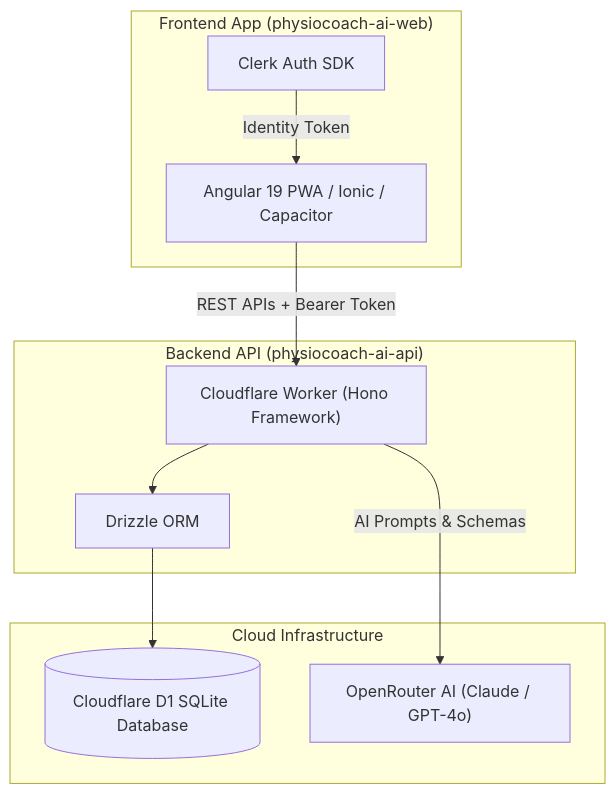
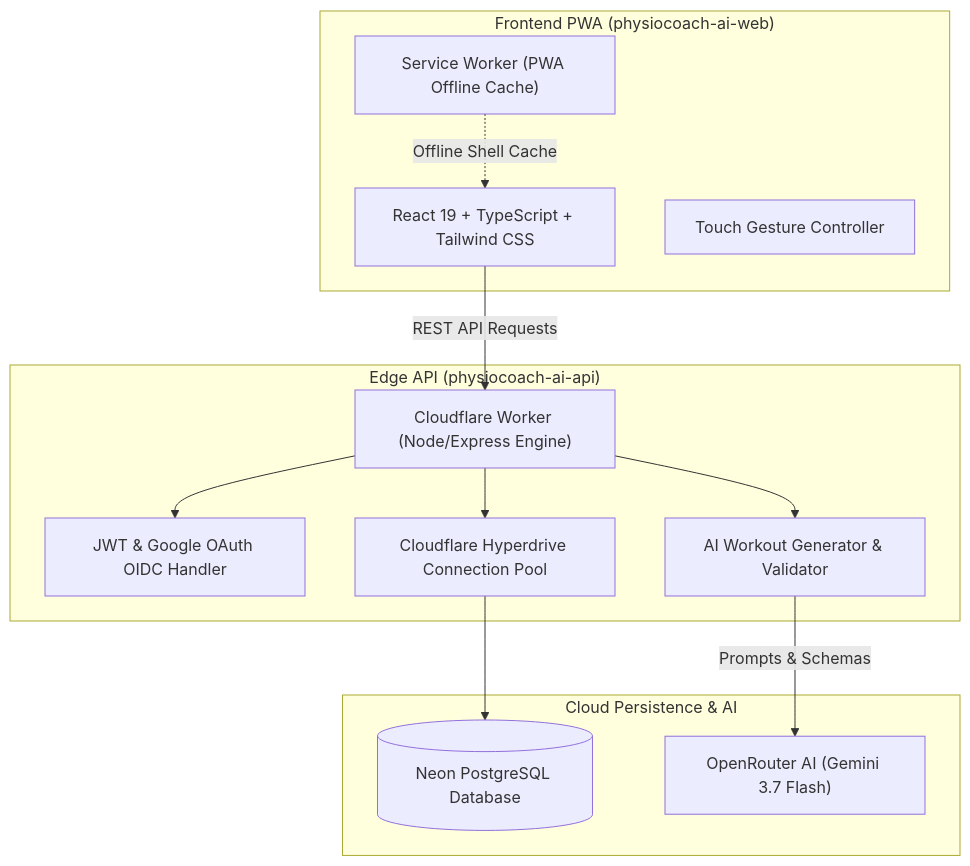
Before and after one commit to rasoulveisi/physiocoach-ai: the diagram in README.md, drawn with Mermaid. The commit also changed other lines of this file and 2 other files, not shown here.

Commit message:
docs: modernize monorepo and package READMEs with full architecture, PWA, AI engine, and deployment guide

````diff
--- a/README.md
+++ b/README.md
@@ -27,23 +46,28 @@
 ```mermaid
 flowchart TD
-    subgraph Frontend ["Frontend App (physiocoach-ai-web)"]
-        WEB["Angular 19 PWA / Ionic / Capacitor"]
-        AUTH["Clerk Auth SDK"]
+    subgraph Client ["Frontend PWA (physiocoach-ai-web)"]
+        UI["React 19 + TypeScript + Tailwind CSS"]
+        SW["Service Worker (PWA Offline Cache)"]
+        SWIPER["Touch Gesture Controller"]
     end
 
-    subgraph Backend ["Backend API (physiocoach-ai-api)"]
-        HONO["Cloudflare Worker (Hono Framework)"]
-        ORM["Drizzle ORM"]
+    subgraph Edge ["Edge API (physiocoach-ai-api)"]
+        WORKER["Cloudflare Worker (Node/Express Engine)"]
+        AUTH["JWT & Google OAuth OIDC Handler"]
+        GENERATOR["AI Workout Generator & Validator"]
+        HYPERDRIVE["Cloudflare Hyperdrive Connection Pool"]
     end
 
-    subgraph Infrastructure ["Cloud Infrastructure"]
-        D1[("Cloudflare D1 SQLite Database")]
-        LLM["OpenRouter AI (Claude / GPT-4o)"]
+    subgraph Data ["Cloud Persistence & AI"]
+        NEON[("Neon PostgreSQL Database")]
+        OPENROUTER["OpenRouter AI (Gemini 3.7 Flash)"]
     end
 
-    WEB -->|REST APIs + Bearer Token| HONO
-    AUTH -->|Identity Token| WEB
-    HONO --> ORM
-    ORM --> D1
-    HONO -->|AI Prompts & Schemas| LLM
+    UI -->|REST API Requests| WORKER
+    SW -.->|Offline Shell Cache| UI
+    WORKER --> AUTH
+    WORKER --> GENERATOR
+    GENERATOR -->|Prompts & Schemas| OPENROUTER
+    WORKER --> HYPERDRIVE
+    HYPERDRIVE --> NEON
 ```
````
